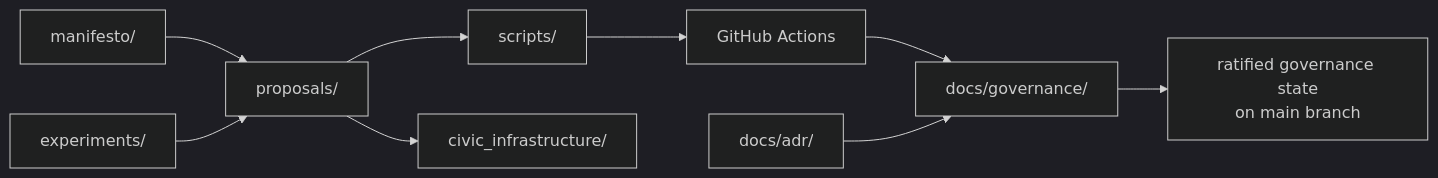
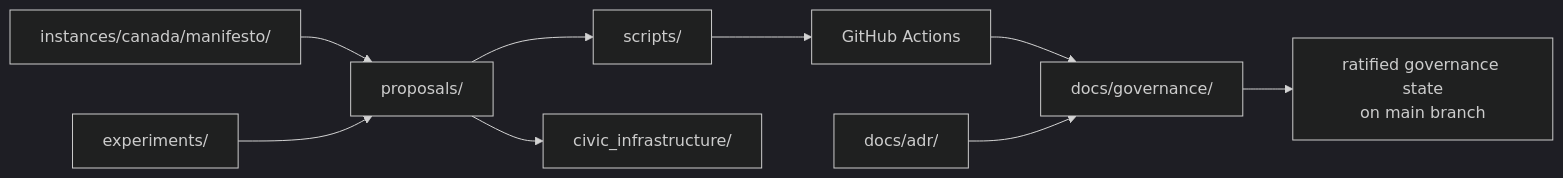
The fifth of 5 diagrams in ARCHITECTURE.md (pancakesaregood/potato), drawn with Mermaid (dark theme) before and after one commit. The commit also changed other lines of this file and 35 other files, not shown here.

````diff
--- a/ARCHITECTURE.md
+++ b/ARCHITECTURE.md
@@ -225,11 +225,11 @@
 ```mermaid
 flowchart LR
-    A[manifesto/] --> B[proposals/]
+    A[instances/canada/manifesto/] --> B[proposals/]
     B --> C[scripts/]
     C --> D[GitHub Actions]
     D --> E[docs/governance/]
     E --> F[ratified governance state\non main branch]
     B --> G[civic_infrastructure/]
     H[experiments/] --> B
     I[docs/adr/] --> E
 ```
````
